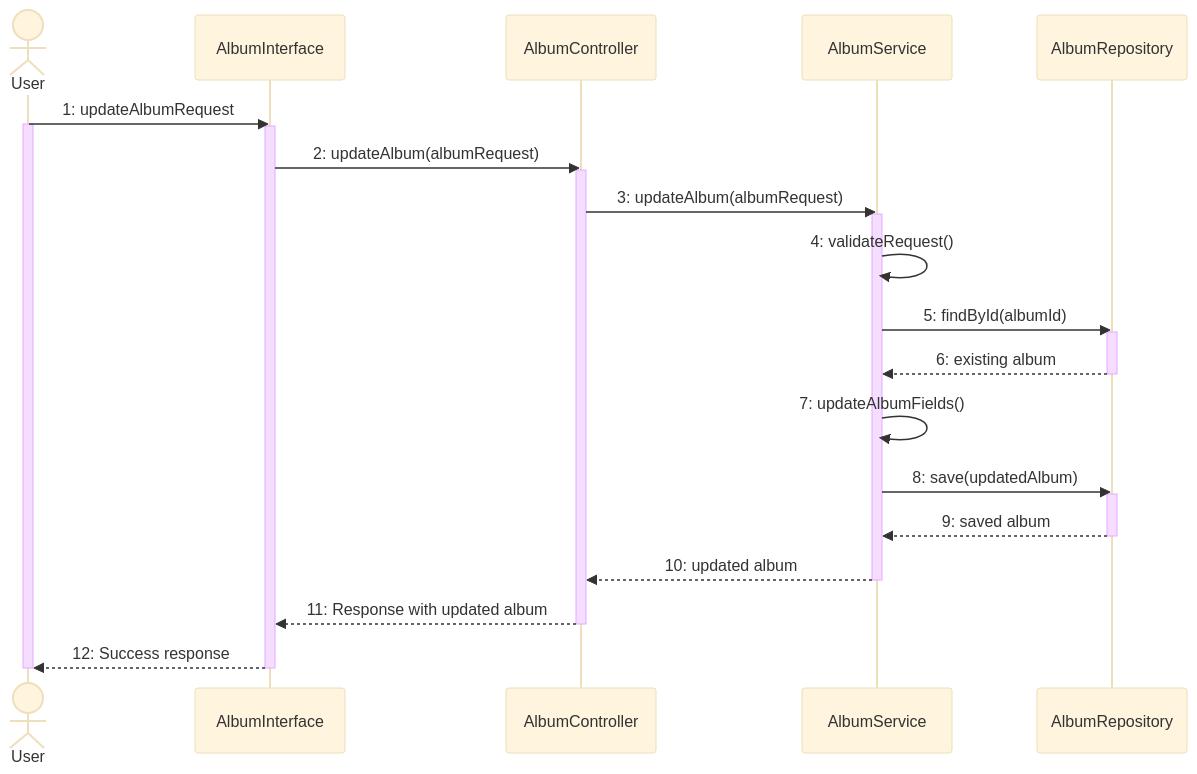
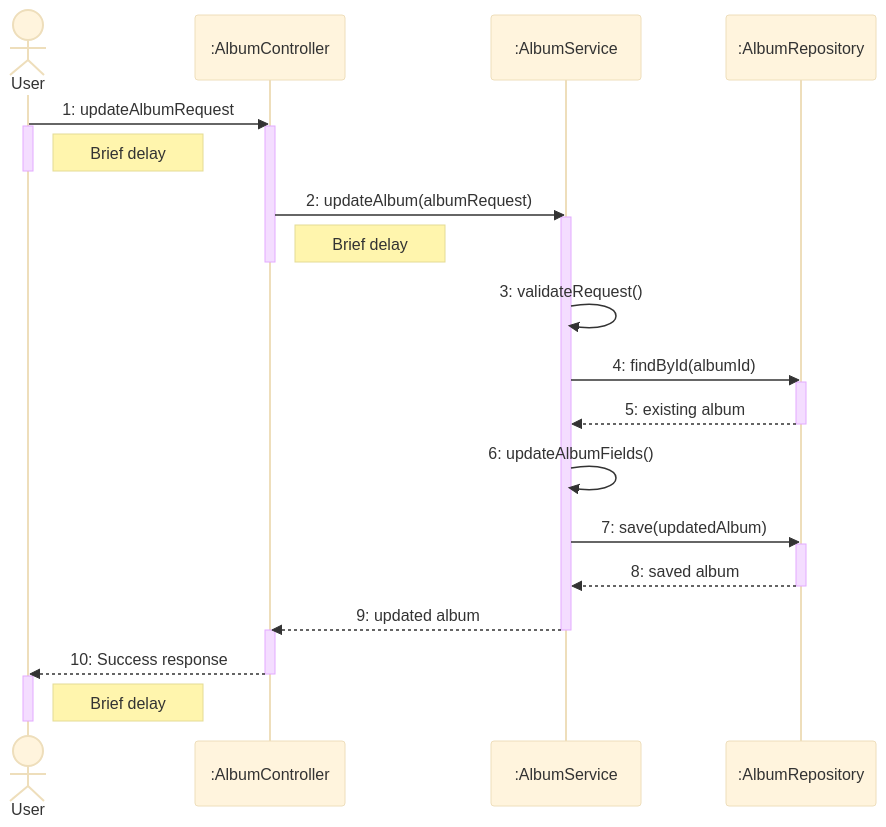
Before and after one commit to lightmon233/Memento: the seventh of 15 diagrams in README.md, drawn with Mermaid (base theme). The commit also changed other lines of this file, not shown here.

````diff
--- a/README.md
+++ b/README.md
@@ -327,43 +334,35 @@
 ```mermaid
 sequenceDiagram
-    actor User
-    participant AlbumInterface
-    participant AlbumController
-    participant AlbumService
-    participant AlbumRepository
-    
-    User ->> AlbumInterface: 1: updateAlbumRequest
+    actor User 
+    participant AlbumController as :AlbumController
+    participant AlbumService as :AlbumService
+    participant AlbumRepository as :AlbumRepository
+
+    User->>AlbumController: 1: updateAlbumRequest
     activate User
-    activate AlbumInterface
-    
-    AlbumInterface ->> AlbumController: 2: updateAlbum(albumRequest)
     activate AlbumController
-    
-    AlbumController ->> AlbumService: 3: updateAlbum(albumRequest)
+    Note right of User: Brief delay
+    deactivate User
+    AlbumController->>AlbumService: 2: updateAlbum(albumRequest)
     activate AlbumService
-    
-    AlbumService ->> AlbumService: 4: validateRequest()
-    
-    AlbumService ->> AlbumRepository: 5: findById(albumId)
+    Note right of AlbumController: Brief delay
+    deactivate AlbumController
+    AlbumService->>AlbumService: 3: validateRequest()
+    AlbumService->>AlbumRepository: 4: findById(albumId)
     activate AlbumRepository
-    AlbumRepository -->> AlbumService: 6: existing album
+    AlbumRepository-->>AlbumService: 5: existing album
     deactivate AlbumRepository
-    
-    AlbumService ->> AlbumService: 7: updateAlbumFields()
-    
-    AlbumService ->> AlbumRepository: 8: save(updatedAlbum)
+    AlbumService->>AlbumService: 6: updateAlbumFields()
+    AlbumService->>AlbumRepository: 7: save(updatedAlbum)
     activate AlbumRepository
-    AlbumRepository -->> AlbumService: 9: saved album
+    AlbumRepository-->>AlbumService: 8: saved album
     deactivate AlbumRepository
-    
-    AlbumService -->> AlbumController: 10: updated album
+    AlbumService-->>AlbumController: 9: updated album
     deactivate AlbumService
-    
-    AlbumController -->> AlbumInterface: 11: Response with updated album
+    activate AlbumController
+    AlbumController-->>User: 10: Success response
     deactivate AlbumController
-    
-    AlbumInterface -->> User: 12: Success response
-    deactivate AlbumInterface
+    activate User
+    Note right of User: Brief delay
     deactivate User
-
 ```
````
